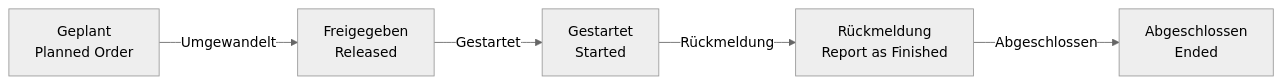
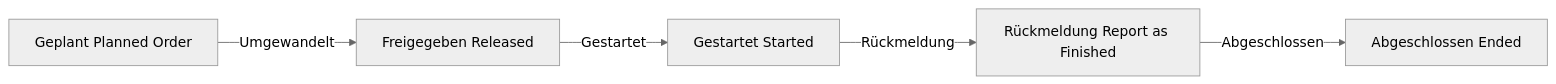
Before and after one commit to SoniiiT/notes-n-docs: the third of 7 diagrams in Microsoft 365/Dynamics 365/Dynamics 365 Supply Chain Management.md, drawn with Mermaid (neutral theme). The commit also changed other lines of this file and 124 other files, not shown here.

First line of the commit message:
fix: Entferne \n aus allen Mermaid-Diagrammen (125 Dateien)

````diff
--- a/Microsoft 365/Dynamics 365/Dynamics 365 Supply Chain Management.md
+++ b/Microsoft 365/Dynamics 365/Dynamics 365 Supply Chain Management.md
@@ -83,7 +83,7 @@
 ```mermaid
 graph LR
-    EST[Geplant\nPlanned Order] -->|Umgewandelt| REL[Freigegeben\nReleased]
-    REL -->|Gestartet| START[Gestartet\nStarted]
-    START -->|Rückmeldung| REP[Rückmeldung\nReport as Finished]
-    REP -->|Abgeschlossen| END[Abgeschlossen\nEnded]
+    EST[Geplant Planned Order] -->|Umgewandelt| REL[Freigegeben Released]
+    REL -->|Gestartet| START[Gestartet Started]
+    START -->|Rückmeldung| REP[Rückmeldung Report as Finished]
+    REP -->|Abgeschlossen| END[Abgeschlossen Ended]
 ```
````
